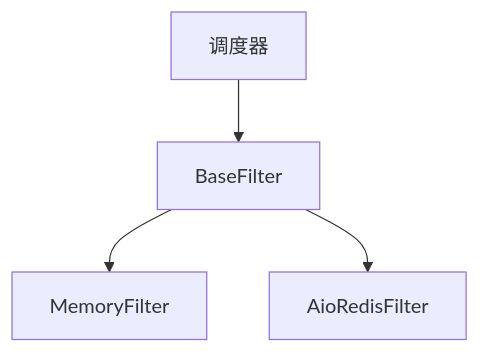
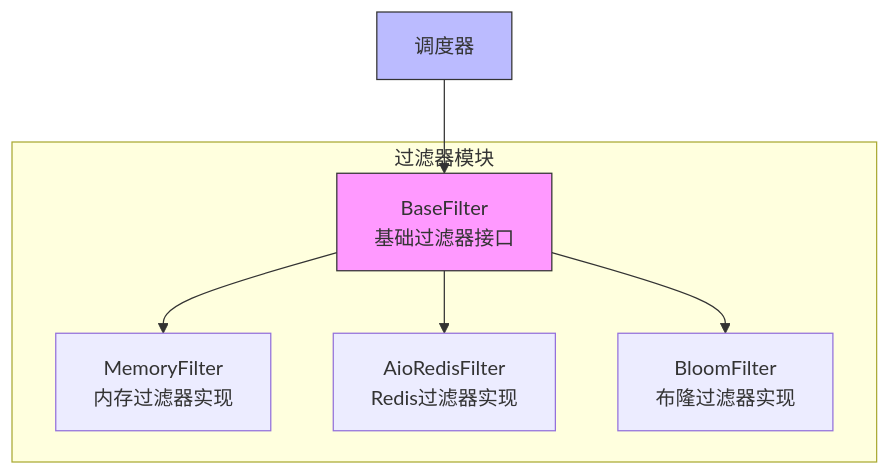
One commit to crawl-coder/Crawlo changed the diagram in docs/modules/filter/index.md. Above: the diagram before and after it, drawn with Mermaid. The commit also changed other lines of this file and 98 other files, not shown here.

````diff
--- a/docs/modules/filter/index.md
+++ b/docs/modules/filter/index.md
@@ -16,6 +18,15 @@
 ```mermaid
-graph TD
-    A[BaseFilter] --> B[MemoryFilter]
-    A --> C[AioRedisFilter]
-    D[调度器] --> A
+graph TB
+subgraph "过滤器模块"
+BaseFilter[BaseFilter<br/>基础过滤器接口]
+MemoryFilter[MemoryFilter<br/>内存过滤器实现]
+AioRedisFilter[AioRedisFilter<br/>Redis过滤器实现]
+BloomFilter[BloomFilter<br/>布隆过滤器实现]
+end
+Scheduler[调度器] --> BaseFilter
+BaseFilter --> MemoryFilter
+BaseFilter --> AioRedisFilter
+BaseFilter --> BloomFilter
+style BaseFilter fill:#f9f,stroke:#333
+style Scheduler fill:#bbf,stroke:#333
 ```
````
